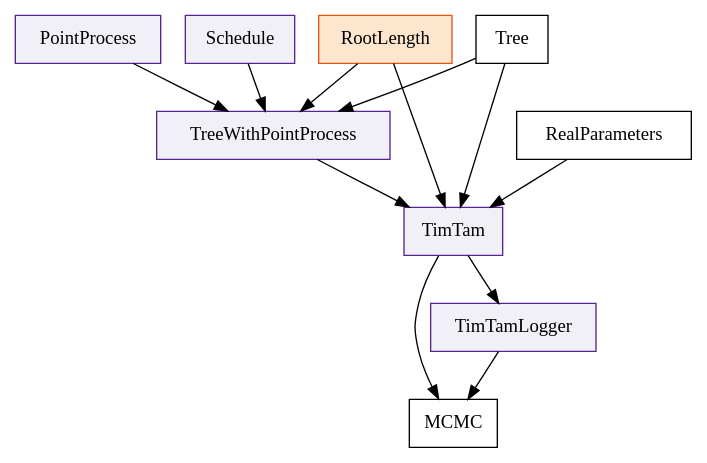
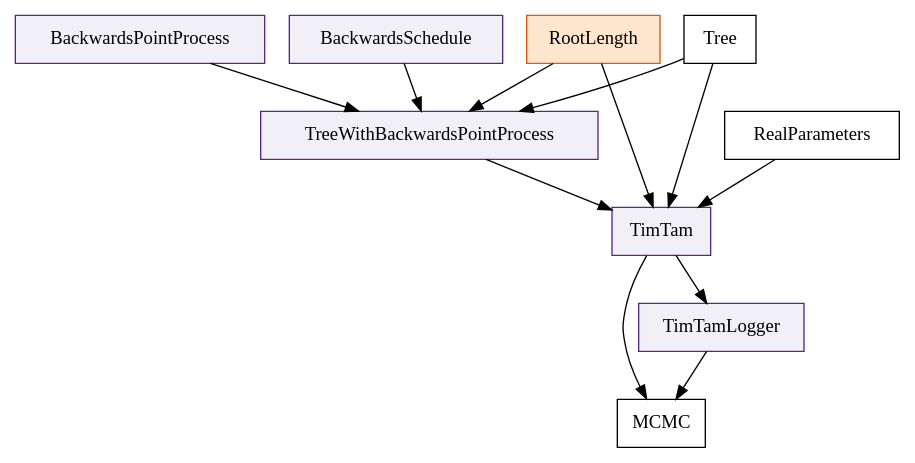
The diagram in example-dag.dot (aezarebski/timtam2), drawn with Graphviz before and after one commit. The commit also changed 32 other files, not shown here.

```diff
--- a/example-dag.dot
+++ b/example-dag.dot
@@ -1,47 +1,47 @@
 /*
  Usage
  -----
  $ dot example-dag.dot -Tpng -o example-dag.png
 */
 digraph G {
   TimTam [shape=box,
           style=filled,
           color="#54278f",
           fillcolor="#f2f0f7"];
   TimTamLogger [shape=box,
                 style=filled,
                 color="#54278f",
                 fillcolor="#f2f0f7"];
-  TreeWithPointProcess [shape=box,
-                        style=filled,
-                        color="#54278f",
-                        fillcolor="#f2f0f7"];
-  PointProcess [shape=box,
-                style=filled,
-                color="#54278f",
-                fillcolor="#f2f0f7"];
-  Schedule [shape=box,
-            style=filled,
-            color="#54278f",
-            fillcolor="#f2f0f7"];
+  TreeWithBackwardsPointProcess [shape=box,
+                                 style=filled,
+                                 color="#54278f",
+                                 fillcolor="#f2f0f7"];
+  BackwardsPointProcess [shape=box,
+                         style=filled,
+                         color="#54278f",
+                         fillcolor="#f2f0f7"];
+  BackwardsSchedule [shape=box,
+                     style=filled,
+                     color="#54278f",
+                     fillcolor="#f2f0f7"];
   RootLength [shape=box,
               style=filled,
               color="#e6550d",
               fillcolor="#fee6ce"];
   Tree [shape=box];
   RealParameters [shape=box];
   MCMC [shape=box];
 
   RootLength -> TimTam;
-  RootLength -> TreeWithPointProcess;
-  PointProcess -> TreeWithPointProcess;
-  Schedule -> TreeWithPointProcess;
-  TreeWithPointProcess -> TimTam;
+  RootLength -> TreeWithBackwardsPointProcess;
+  BackwardsPointProcess -> TreeWithBackwardsPointProcess;
+  BackwardsSchedule -> TreeWithBackwardsPointProcess;
+  TreeWithBackwardsPointProcess -> TimTam;
   RealParameters -> TimTam;
-  Tree -> TreeWithPointProcess;
+  Tree -> TreeWithBackwardsPointProcess;
   Tree -> TimTam;
   TimTam -> MCMC;
 
   TimTam -> TimTamLogger;
   TimTamLogger -> MCMC;
 }
```
